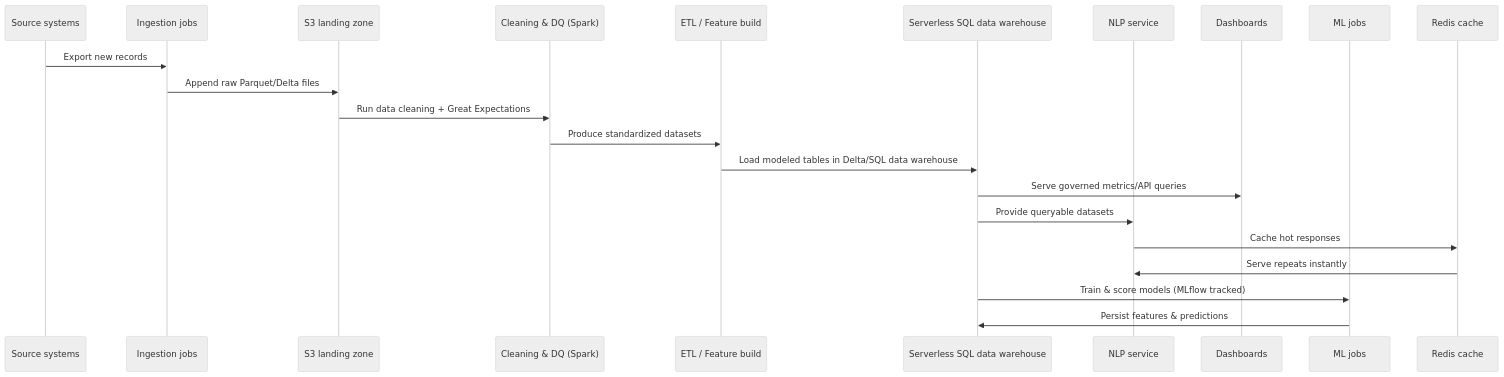
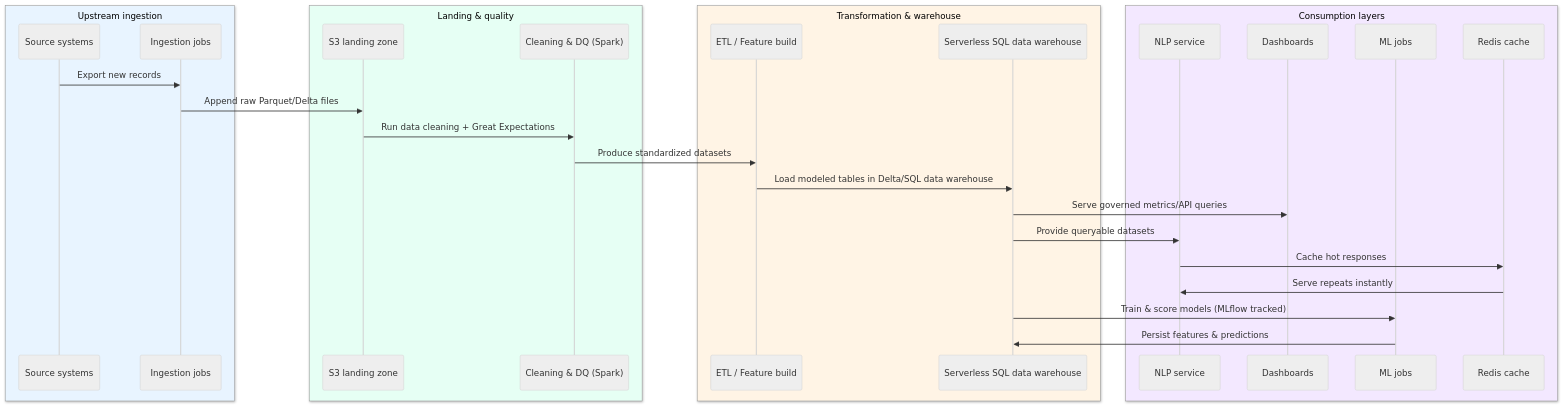
One commit to dinkarkumardk/3rdAssignment changed the third of 3 diagrams in SCALABILITY_AND_DATA_PLATFORM_STRATEGY.md. Above: the diagram before and after it, drawn with Mermaid (neutral theme). The commit also changed other lines of this file, not shown here.

````diff
--- a/SCALABILITY_AND_DATA_PLATFORM_STRATEGY.md
+++ b/SCALABILITY_AND_DATA_PLATFORM_STRATEGY.md
@@ -103,25 +140,33 @@
 ```mermaid
 sequenceDiagram
-	participant Src as Source systems
-	participant Ingest as Ingestion jobs
-	participant S3 as S3 landing zone
-	participant Clean as Cleaning & DQ (Spark)
-	participant ETL as ETL / Feature build
-	participant DW as Serverless SQL data warehouse
-	participant NLP as NLP service
-	participant Dash as Dashboards
-	participant ML as ML jobs
-	participant Redis as Redis cache
+	box rgb(232,244,255) Upstream ingestion
+		participant Src as Source systems
+		participant Ingest as Ingestion jobs
+	end
+	box rgb(230,255,244) Landing & quality
+		participant S3 as S3 landing zone
+		participant Clean as Cleaning & DQ (Spark)
+	end
+	box rgb(255,244,229) Transformation & warehouse
+		participant ETL as ETL / Feature build
+		participant DW as Serverless SQL data warehouse
+	end
+	box rgb(243,232,255) Consumption layers
+		participant NLP as NLP service
+		participant Dash as Dashboards
+		participant ML as ML jobs
+		participant Redis as Redis cache
+	end
 
 	Src->>Ingest: Export new records
 	Ingest->>S3: Append raw Parquet/Delta files
 	S3->>Clean: Run data cleaning + Great Expectations
 	Clean->>ETL: Produce standardized datasets
 	ETL->>DW: Load modeled tables in Delta/SQL data warehouse
 	DW->>Dash: Serve governed metrics/API queries
 	DW->>NLP: Provide queryable datasets
 	NLP->>Redis: Cache hot responses
 	Redis->>NLP: Serve repeats instantly
 	DW->>ML: Train & score models (MLflow tracked)
 	ML->>DW: Persist features & predictions
 ```
````
